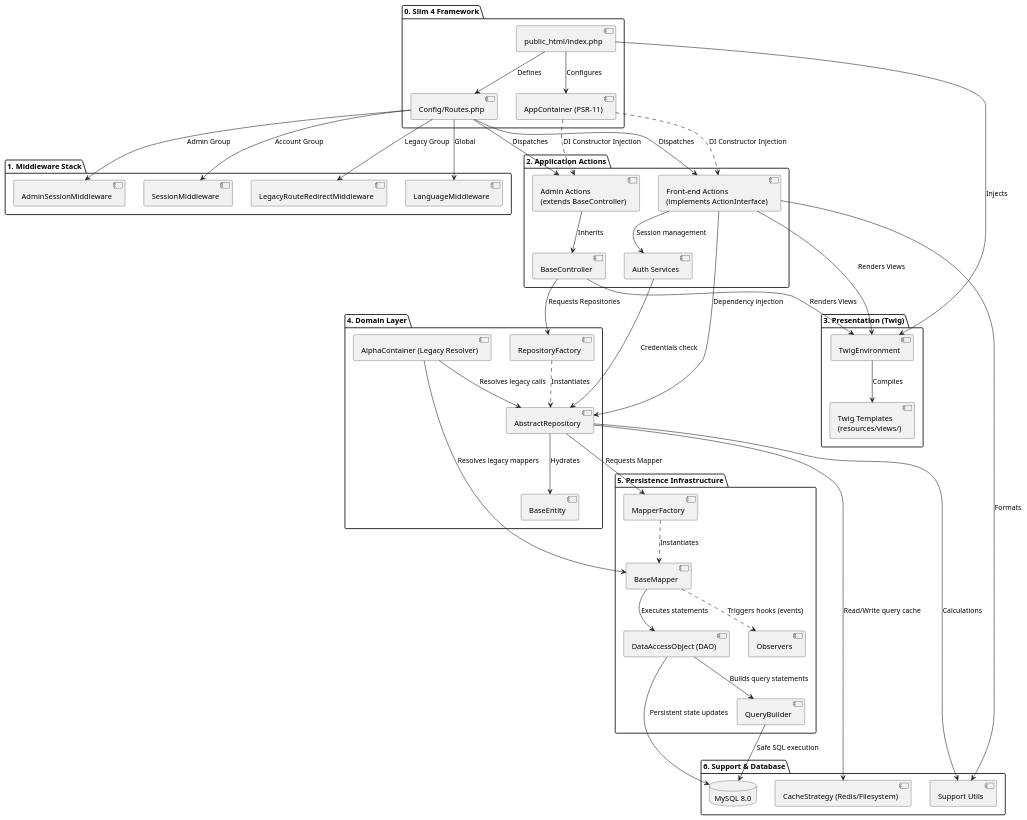
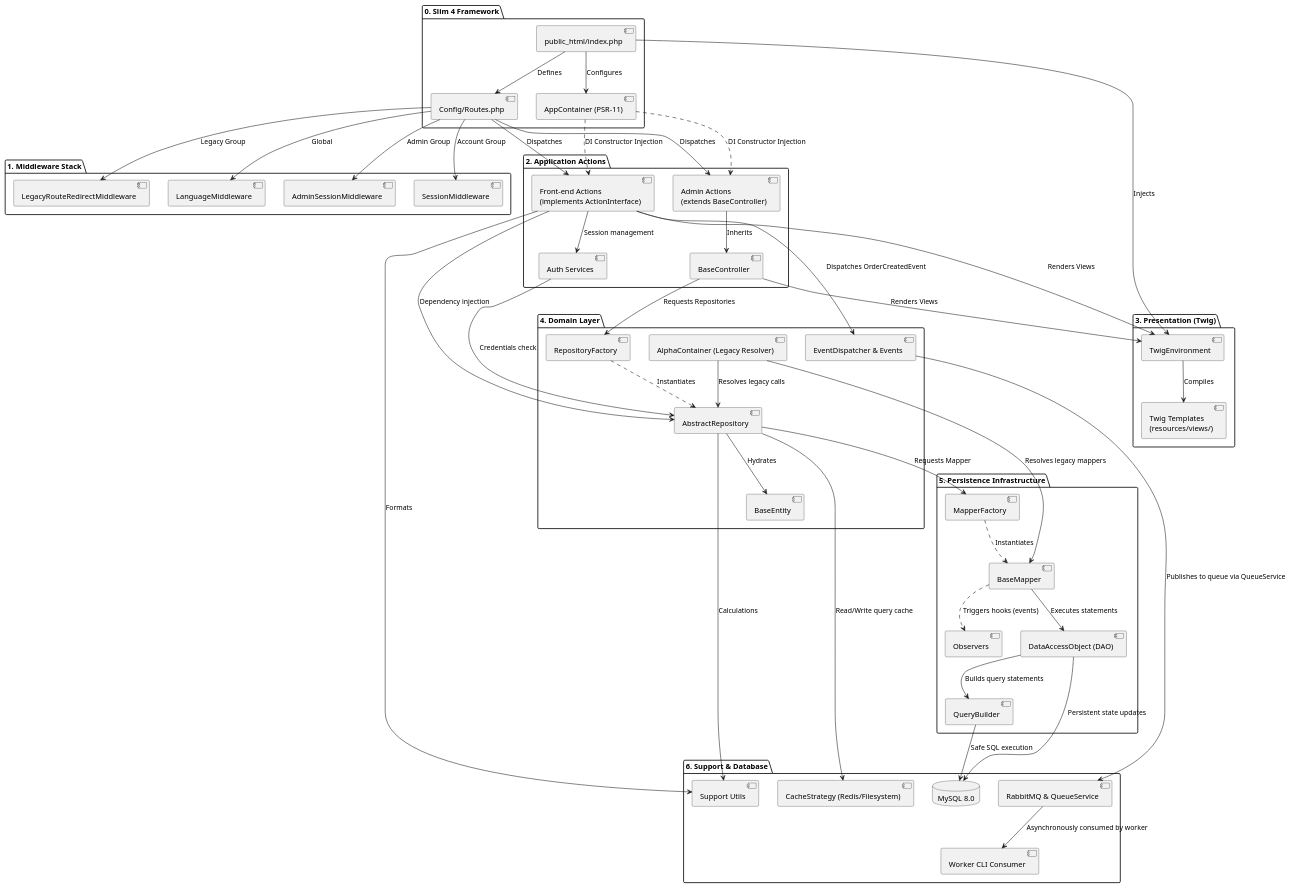
Before and after one commit to Wattrelos/Alpha_Engine: the diagram in docs/architecture/architectureDiagram.puml, drawn with PlantUML. The commit also changed 3 other files, not shown here.

```diff
--- a/docs/architecture/architectureDiagram.puml
+++ b/docs/architecture/architectureDiagram.puml
@@ -1,105 +1,113 @@
 @startuml "Alpha Engine - AI Optimized Architecture Diagram"
 
 ' --- ENTRYPOINT & FRAMEWORK ---
 package "0. Slim 4 Framework" as Slim {
   [public_html/index.php] as Entrypoint
   [Config/Routes.php] as Routes
   [AppContainer (PSR-11)] as Container
 }
 
 ' --- MIDDLEWARE STACK ---
 package "1. Middleware Stack" as Middlewares {
   [LanguageMiddleware] as LangMW
   [AdminSessionMiddleware] as AdminMW
   [SessionMiddleware] as SessionMW
   [LegacyRouteRedirectMiddleware] as LegacyMW
 }
 
 ' --- ACTIONS (CONTROLLERS) ---
 package "2. Application Actions" as Actions {
   [Front-end Actions\n(implements ActionInterface)] as FrontAction
   [Admin Actions\n(extends BaseController)] as AdminAction
   [BaseController] as BaseCtrl
   [Auth Services] as AuthServices
 }
 
 ' --- PRESENTATION LAYER ---
 package "3. Presentation (Twig)" as TwigLayer {
   [TwigEnvironment] as Twig
   [Twig Templates\n(resources/views/)] as Views
 }
 
 ' --- DOMAIN LAYER (DDD) ---
 package "4. Domain Layer" as Domain {
   [RepositoryFactory] as RepoFactory
   [AbstractRepository] as Repos
   [BaseEntity] as Entities
   [AlphaContainer (Legacy Resolver)] as AlphaContainer
+  [EventDispatcher & Events] as Events
 }
 
 ' --- PERSISTENCE LAYER ---
 package "5. Persistence Infrastructure" as Persistence {
   [MapperFactory] as MapperFactory
   [BaseMapper] as Mappers
   [Observers] as Observers
   [DataAccessObject (DAO)] as DAO
   [QueryBuilder] as QB
 }
 
 ' --- INFRASTRUCTURE & SUPPORT ---
 package "6. Support & Database" as SupportLayer {
   database "MySQL 8.0" as MySQL
   [CacheStrategy (Redis/Filesystem)] as Cache
   [Support Utils] as Support
+  [RabbitMQ & QueueService] as Queue
+  [Worker CLI Consumer] as Worker
 }
 
 ' --- RELATIONSHIPS (FLOW OF COUPLING) ---
 
 ' Bootstrapping
 Entrypoint --> Routes : Defines
 Entrypoint --> Container : Configures
 Entrypoint --> Twig : Injects
 
 ' Routing to Actions
 Routes --> LangMW : Global
 Routes --> AdminMW : Admin Group
 Routes --> SessionMW : Account Group
 Routes --> LegacyMW : Legacy Group
 Routes --> FrontAction : Dispatches
 Routes --> AdminAction : Dispatches
 
 ' Action Resolution & Execution
 Container ..> FrontAction : DI Constructor Injection
 Container ..> AdminAction : DI Constructor Injection
 AdminAction --> BaseCtrl : Inherits
 BaseCtrl --> RepoFactory : Requests Repositories
 BaseCtrl --> Twig : Renders Views
 FrontAction --> Twig : Renders Views
 FrontAction --> Repos : Dependency injection
 FrontAction --> AuthServices : Session management
 AuthServices --> Repos : Credentials check
 
 ' View Layer
 Twig --> Views : Compiles
 
 ' Domain Layer
 RepoFactory ..> Repos : Instantiates
 Repos --> Entities : Hydrates
 Repos --> MapperFactory : Requests Mapper
 Repos --> Cache : Read/Write query cache
 AlphaContainer --> Repos : Resolves legacy calls
 AlphaContainer --> Mappers : Resolves legacy mappers
 
 ' Persistence Layer
 MapperFactory ..> Mappers : Instantiates
 Mappers ..> Observers : Triggers hooks (events)
 Mappers --> DAO : Executes statements
 DAO --> QB : Builds query statements
 DAO --> MySQL : Persistent state updates
 QB --> MySQL : Safe SQL execution
 
 ' Support cross-cutting concerns
 Repos --> Support : Calculations
 FrontAction --> Support : Formats
 
+' Asynchronous Events & Messaging Stack
+FrontAction --> Events : Dispatches OrderCreatedEvent
+Events --> Queue : Publishes to queue via QueueService
+Queue --> Worker : Asynchronously consumed by worker
+
 @enduml
```
